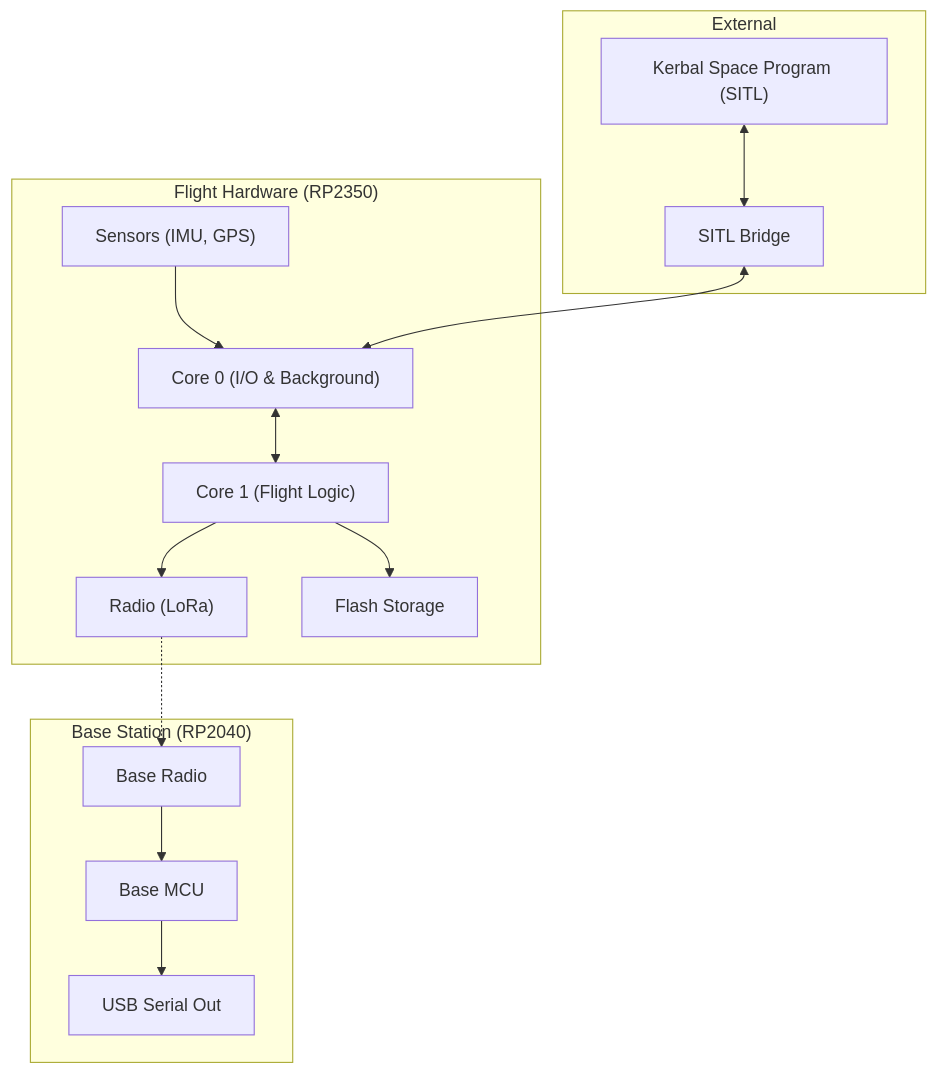
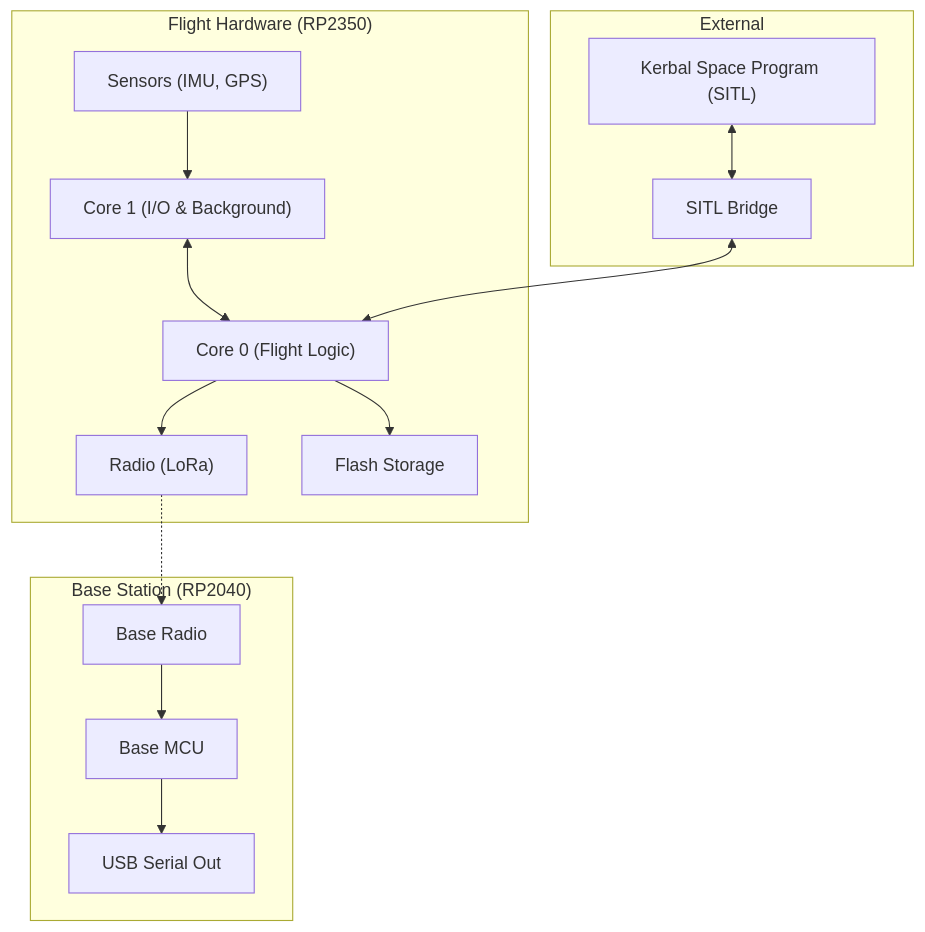
One commit to adamantbob/rocket_vR changed the first of 3 diagrams in docs/architecture.md. Above: the diagram before and after it, drawn with Mermaid. The commit also changed 7 other files, not shown here.

````diff
--- a/docs/architecture.md
+++ b/docs/architecture.md
@@ -7,31 +7,31 @@
 ```mermaid
 graph TD
     subgraph "Flight Hardware (RP2350)"
-        Core0["Core 0 (I/O & Background)"]
-        Core1["Core 1 (Flight Logic)"]
+        Core0["Core 0 (Flight Logic)"]
+        Core1["Core 1 (I/O & Background)"]
         SENSORS["Sensors (IMU, GPS)"]
         RADIO["Radio (LoRa)"]
         FLASH["Flash Storage"]
     end
 
     subgraph "Base Station (RP2040)"
         BASE_MCU["Base MCU"]
         BASE_RADIO["Base Radio"]
         SERIAL["USB Serial Out"]
     end
 
     subgraph "External"
         KSP["Kerbal Space Program (SITL)"]
         BRIDGE["SITL Bridge"]
     end
 
-    SENSORS --> Core0
-    Core0 <--> Core1
-    Core1 --> RADIO
-    Core1 --> FLASH
+    SENSORS --> Core1
+    Core1 <--> Core0
+    Core0 --> RADIO
+    Core0 --> FLASH
     RADIO -.-> BASE_RADIO
     BASE_RADIO --> BASE_MCU
     BASE_MCU --> SERIAL
     KSP <--> BRIDGE
     BRIDGE <--> Core0
 ```
````
